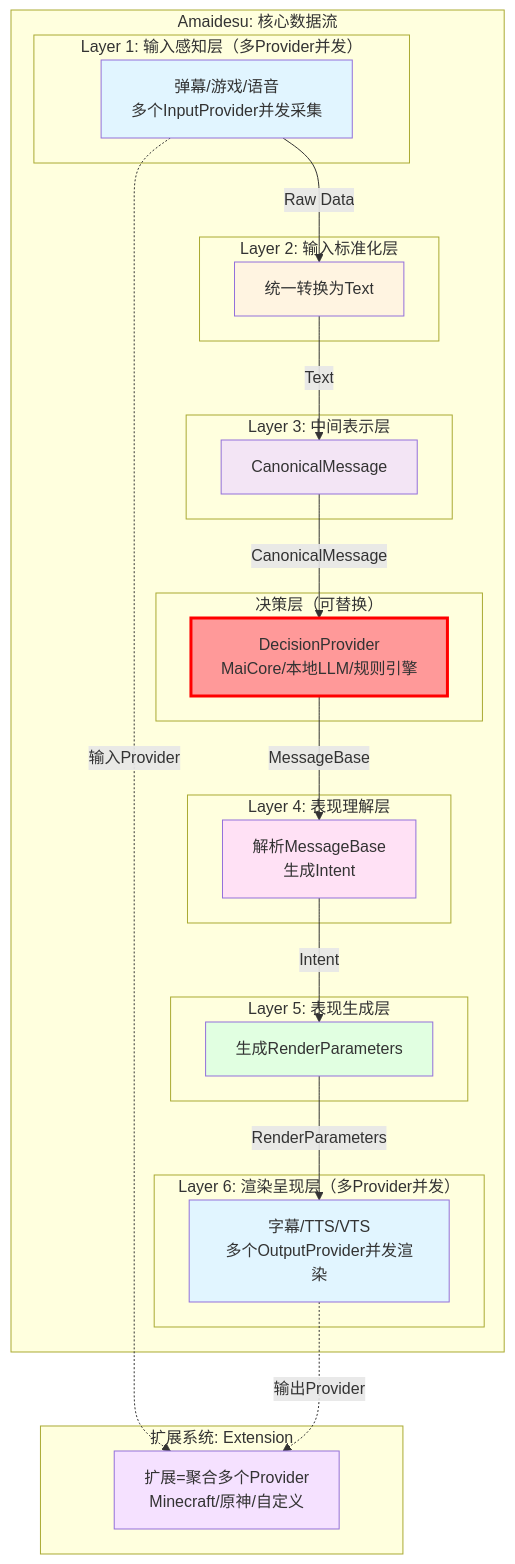
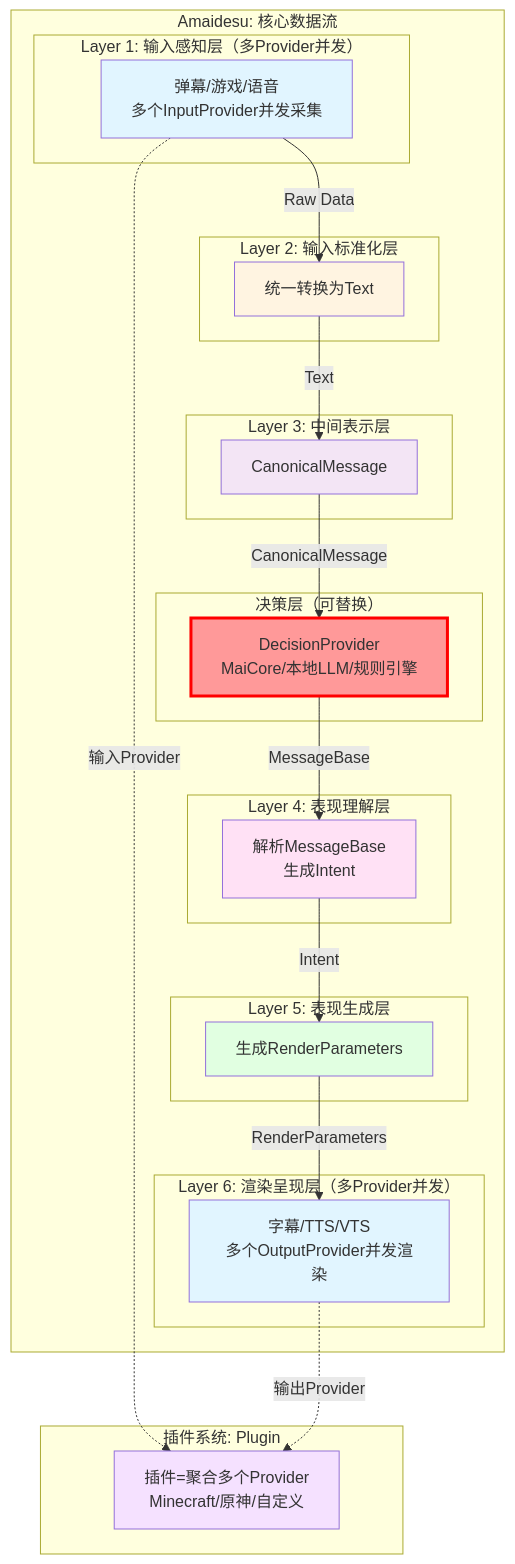
One commit to Mai-with-u/Amaidesu changed the diagram in refactor/design/layer_refactoring.md. Above: the diagram before and after it, drawn with Mermaid. The commit also changed other lines of this file and 5 other files, not shown here.

First line of the commit message:
docs: rename Extension to Plugin terminology

````diff
--- a/refactor/design/layer_refactoring.md
+++ b/refactor/design/layer_refactoring.md
@@ -30,55 +30,55 @@
 ```mermaid
 graph TB
     subgraph "Amaidesu: 核心数据流"
         subgraph "Layer 1: 输入感知层（多Provider并发）"
             Perception[弹幕/游戏/语音<br/>多个InputProvider并发采集]
         end
 
         subgraph "Layer 2: 输入标准化层"
             Normalization[统一转换为Text]
         end
 
         subgraph "Layer 3: 中间表示层"
             Canonical[CanonicalMessage]
         end
 
         subgraph "决策层（可替换）"
             DecisionLayer[DecisionProvider<br/>MaiCore/本地LLM/规则引擎]
         end
 
         subgraph "Layer 4: 表现理解层"
             Understanding[解析MessageBase<br/>生成Intent]
         end
 
         subgraph "Layer 5: 表现生成层"
             Expression[生成RenderParameters]
         end
 
         subgraph "Layer 6: 渲染呈现层（多Provider并发）"
             Rendering[字幕/TTS/VTS<br/>多个OutputProvider并发渲染]
         end
     end
 
-    subgraph "扩展系统: Extension"
-        Extensions[扩展=聚合多个Provider<br/>Minecraft/原神/自定义]
+    subgraph "插件系统: Plugin"
+        Plugins[插件=聚合多个Provider<br/>Minecraft/原神/自定义]
     end
 
     Perception -->|"Raw Data"| Normalization
     Normalization -->|"Text"| Canonical
     Canonical -->|"CanonicalMessage"| DecisionLayer
     DecisionLayer -->|"MessageBase"| Understanding
     Understanding -->|"Intent"| Expression
     Expression -->|"RenderParameters"| Rendering
 
-    Perception -.输入Provider.-> Extensions
-    Rendering -.输出Provider.-> Extensions
+    Perception -.输入Provider.-> Plugins
+    Rendering -.输出Provider.-> Plugins
 
     style Perception fill:#e1f5ff
     style Normalization fill:#fff4e1
     style Canonical fill:#f3e5f5
     style DecisionLayer fill:#ff9999,stroke:#ff0000,stroke-width:3px
     style Understanding fill:#ffe1f5
     style Expression fill:#e1ffe1
     style Rendering fill:#e1f5ff
-    style Extensions fill:#f5e1ff
+    style Plugins fill:#f5e1ff
 ```
````
